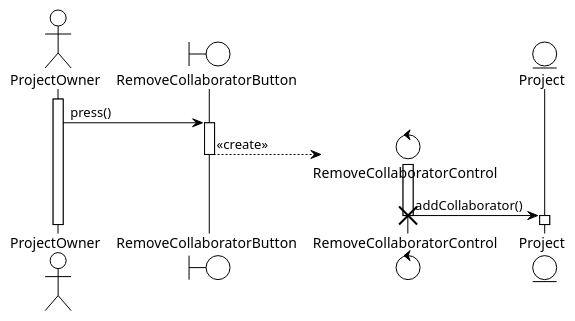
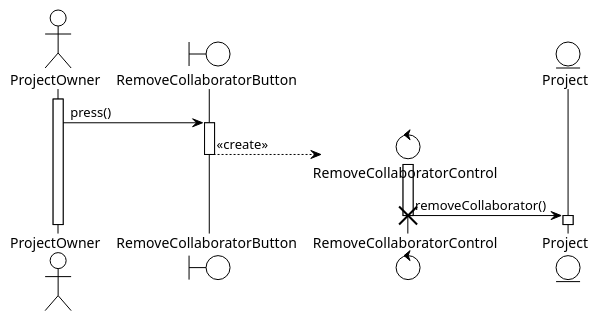
Before and after one commit to BlueMango10/Project-uml: the diagram in Use case sequence diagrams/RemoveCollaborator.puml, drawn with PlantUML. The commit also changed 7 other files, not shown here.

Commit message:
Finalize diagrams (for now)

```diff
--- a/Use case sequence diagrams/RemoveCollaborator.puml
+++ b/Use case sequence diagrams/RemoveCollaborator.puml
@@ -1,23 +1,22 @@
 @startuml RemoveCollaborator
 !theme plain
 actor ProjectOwner as po
 boundary RemoveCollaboratorButton as rcb
 control RemoveCollaboratorControl as rcc
 entity Project as p
 
 activate po
 
 po -> rcb : press()
 activate rcb
 
 create rcc
 rcb --> rcc : <<create>>
 deactivate rcb
 activate rcc
 
-rcc -> p : addCollaborator()
-deactivate rcc
+rcc -> p : removeCollaborator()
 destroy rcc
 activate p
 deactivate p
 @enduml
```
